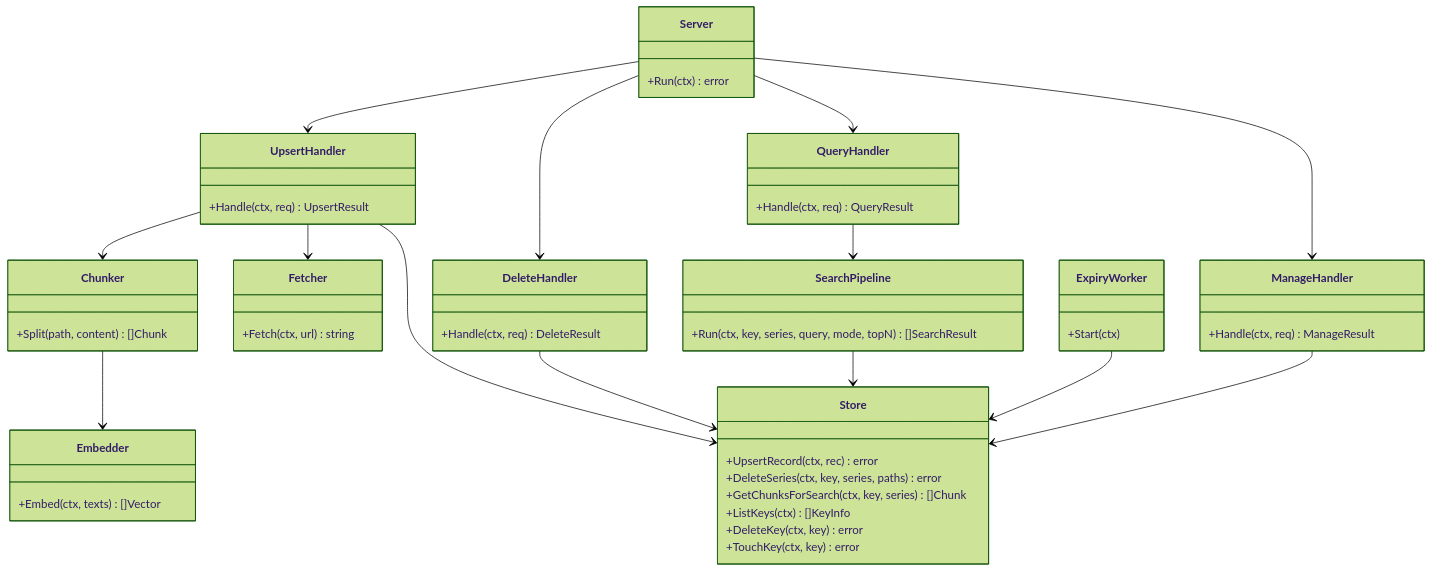
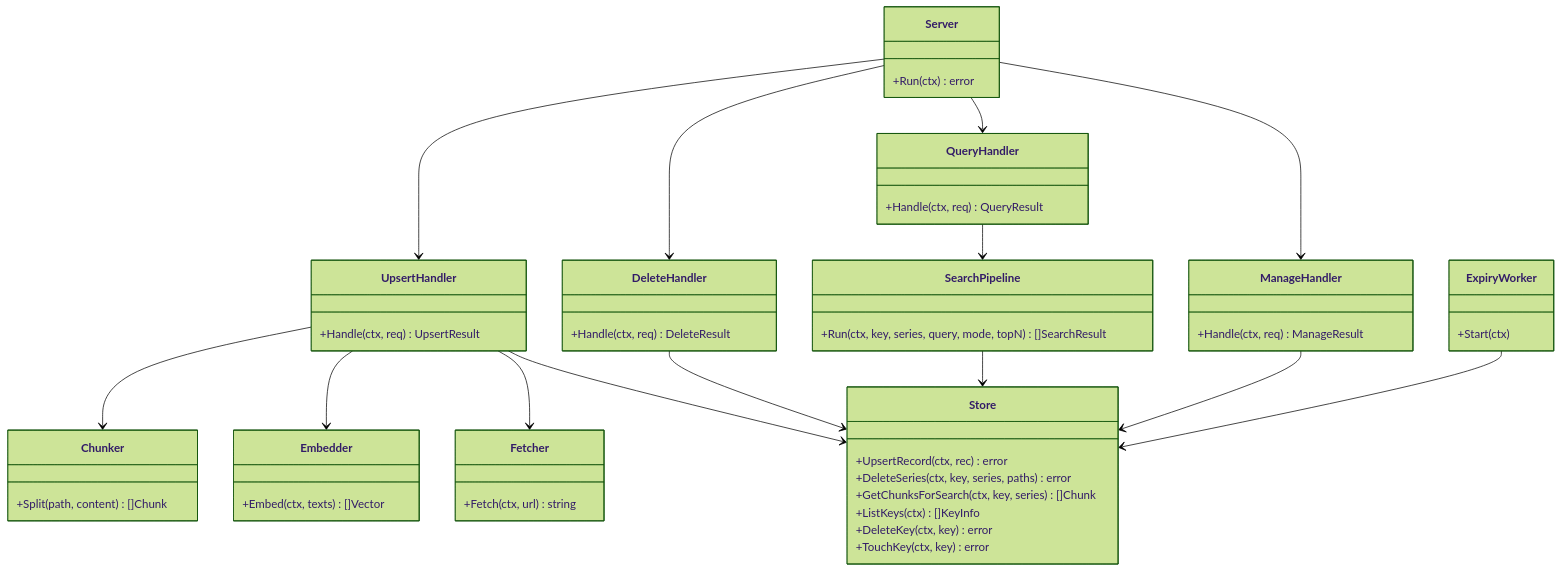
The second of 5 diagrams in docs/specs/base/design/DES-001_doc_db_mcp_server_design.md (BlueEventHorizon/doc-db-mcp-server), drawn with Mermaid (forest theme) before and after one commit. The commit also changed other lines of this file and 1 other file, not shown here.

````diff
--- a/docs/specs/base/design/DES-001_doc_db_mcp_server_design.md
+++ b/docs/specs/base/design/DES-001_doc_db_mcp_server_design.md
@@ -73,55 +73,55 @@
 ```mermaid
 classDiagram
     class Server {
         +Run(ctx) error
     }
     class UpsertHandler {
         +Handle(ctx, req) UpsertResult
     }
     class DeleteHandler {
         +Handle(ctx, req) DeleteResult
     }
     class QueryHandler {
         +Handle(ctx, req) QueryResult
     }
     class ManageHandler {
         +Handle(ctx, req) ManageResult
     }
     class Store {
         +UpsertRecord(ctx, rec) error
         +DeleteSeries(ctx, key, series, paths) error
         +GetChunksForSearch(ctx, key, series) []Chunk
         +ListKeys(ctx) []KeyInfo
         +DeleteKey(ctx, key) error
         +TouchKey(ctx, key) error
     }
     class Chunker {
         +Split(path, content) []Chunk
     }
     class Embedder {
         +Embed(ctx, texts) []Vector
     }
     class Fetcher {
         +Fetch(ctx, url) string
     }
     class SearchPipeline {
         +Run(ctx, key, series, query, mode, topN) []SearchResult
     }
     class ExpiryWorker {
         +Start(ctx)
     }
 
     Server --> UpsertHandler
     Server --> DeleteHandler
     Server --> QueryHandler
     Server --> ManageHandler
     ManageHandler --> Store
     UpsertHandler --> Chunker
+    UpsertHandler --> Embedder
     UpsertHandler --> Fetcher
     UpsertHandler --> Store
-    Chunker --> Embedder
     DeleteHandler --> Store
     QueryHandler --> SearchPipeline
     SearchPipeline --> Store
     ExpiryWorker --> Store
 ```
````
